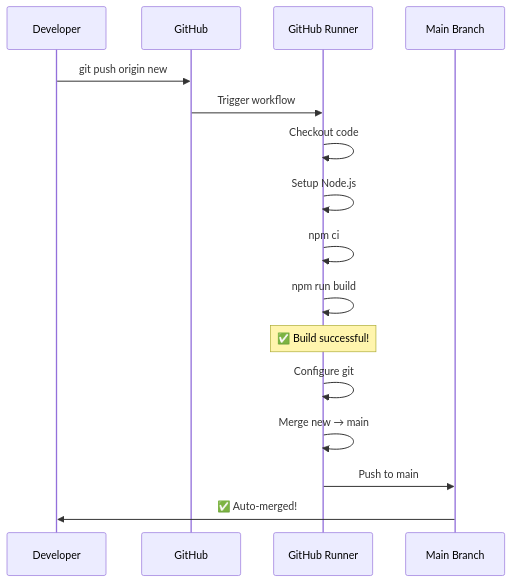
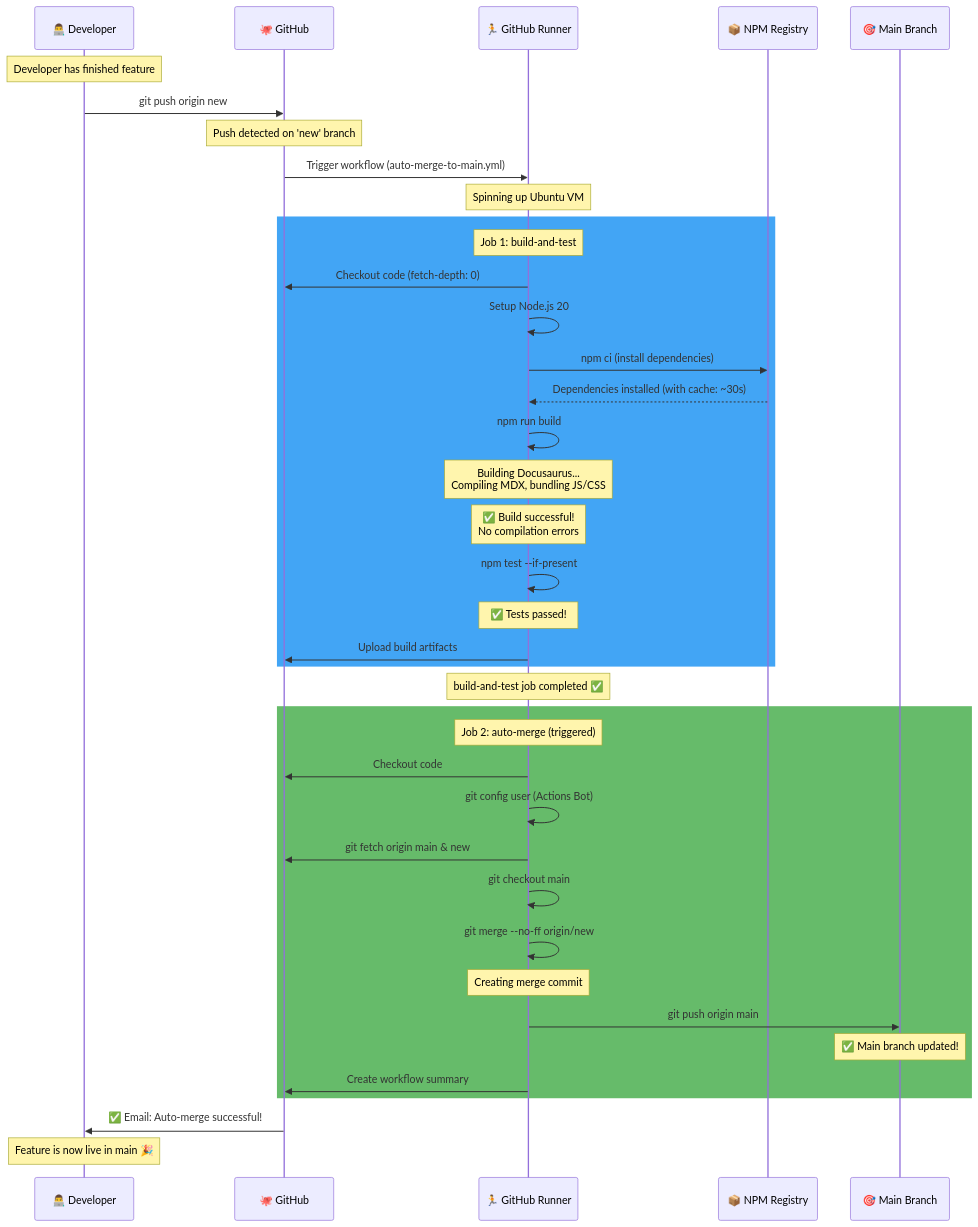
Before and after one commit to gouthamgo/sfdevops: the sixth of 9 diagrams in docs/pipelines/github-actions-beginner.md, drawn with Mermaid. The commit also changed other lines of this file, not shown here.

First line of the commit message:
feat: Add comprehensive workflow diagrams to GitHub Actions tutorial

````diff
--- a/docs/pipelines/github-actions-beginner.md
+++ b/docs/pipelines/github-actions-beginner.md
@@ -584,22 +781,47 @@
 ```mermaid
 sequenceDiagram
-    participant Dev as Developer
-    participant GH as GitHub
-    participant Runner as GitHub Runner
-    participant Main as Main Branch
+    participant Dev as 👨‍💻 Developer
+    participant GH as 🐙 GitHub
+    participant Runner as 🏃 GitHub Runner
+    participant Npm as 📦 NPM Registry
+    participant Main as 🎯 Main Branch
 
+    Note over Dev: Developer has finished feature
     Dev->>GH: git push origin new
-    GH->>Runner: Trigger workflow
+    Note over GH: Push detected on 'new' branch
 
-    Runner->>Runner: Checkout code
-    Runner->>Runner: Setup Node.js
-    Runner->>Runner: npm ci
-    Runner->>Runner: npm run build
-    Note over Runner: ✅ Build successful!
+    GH->>Runner: Trigger workflow (auto-merge-to-main.yml)
+    Note over Runner: Spinning up Ubuntu VM
 
-    Runner->>Runner: Configure git
-    Runner->>Runner: Merge new → main
-    Runner->>Main: Push to main
+    rect rgb(66, 165, 245)
+        Note over Runner: Job 1: build-and-test
+        Runner->>GH: Checkout code (fetch-depth: 0)
+        Runner->>Runner: Setup Node.js 20
+        Runner->>Npm: npm ci (install dependencies)
+        Npm-->>Runner: Dependencies installed (with cache: ~30s)
+        Runner->>Runner: npm run build
+        Note over Runner: Building Docusaurus...<br/>Compiling MDX, bundling JS/CSS
+        Note over Runner: ✅ Build successful!<br/>No compilation errors
+        Runner->>Runner: npm test --if-present
+        Note over Runner: ✅ Tests passed!
+        Runner->>GH: Upload build artifacts
+    end
 
-    Main->>Dev: ✅ Auto-merged!
+    Note over Runner: build-and-test job completed ✅
+
+    rect rgb(102, 187, 106)
+        Note over Runner: Job 2: auto-merge (triggered)
+        Runner->>GH: Checkout code
+        Runner->>Runner: git config user (Actions Bot)
+        Runner->>GH: git fetch origin main & new
+        Runner->>Runner: git checkout main
+        Runner->>Runner: git merge --no-ff origin/new
+        Note over Runner: Creating merge commit
+        Runner->>Main: git push origin main
+        Note over Main: ✅ Main branch updated!
+        Runner->>GH: Create workflow summary
+    end
+
+    GH->>Dev: ✅ Email: Auto-merge successful!
+    Note over Dev: Feature is now live in main 🎉
 ```
````
